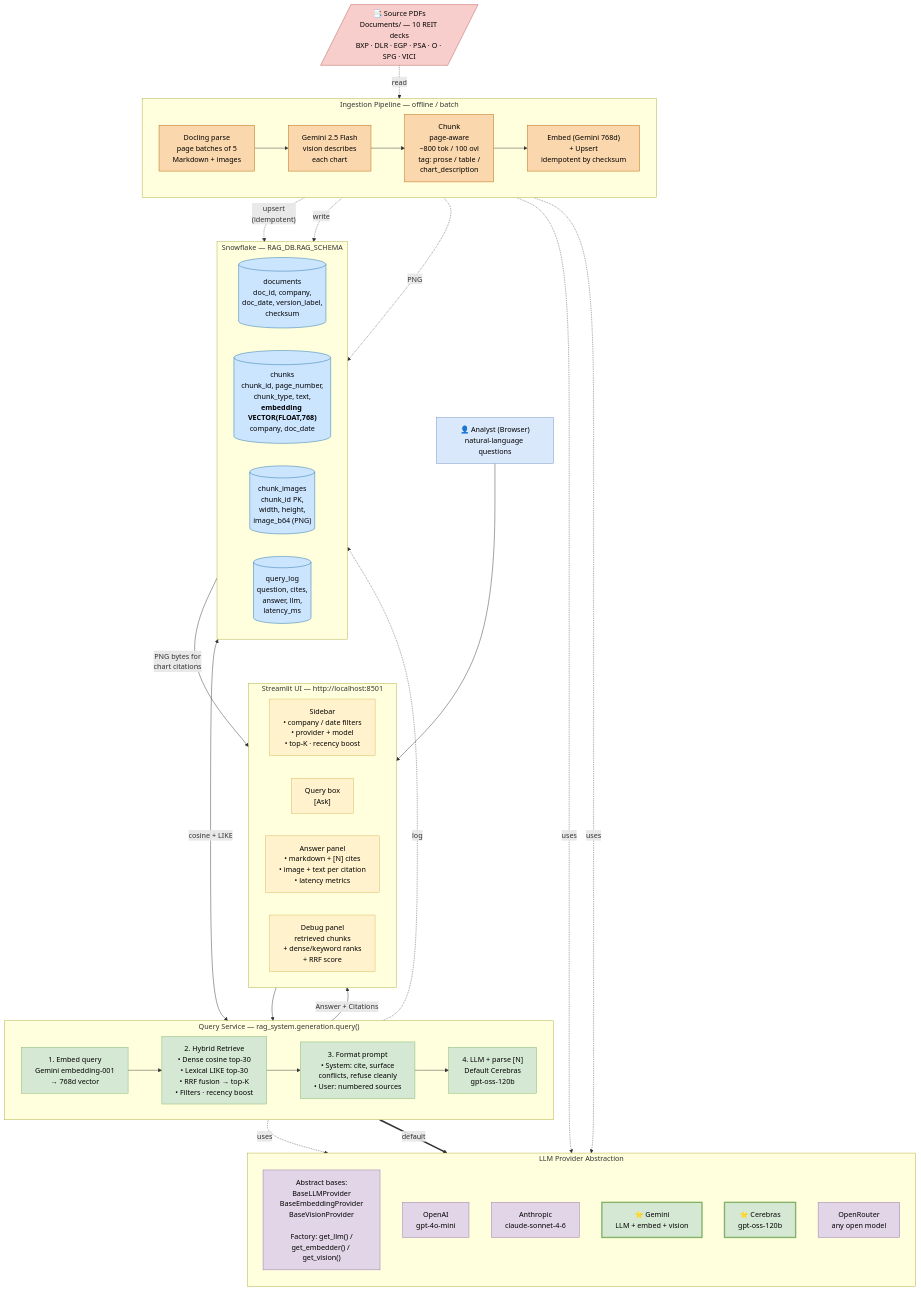
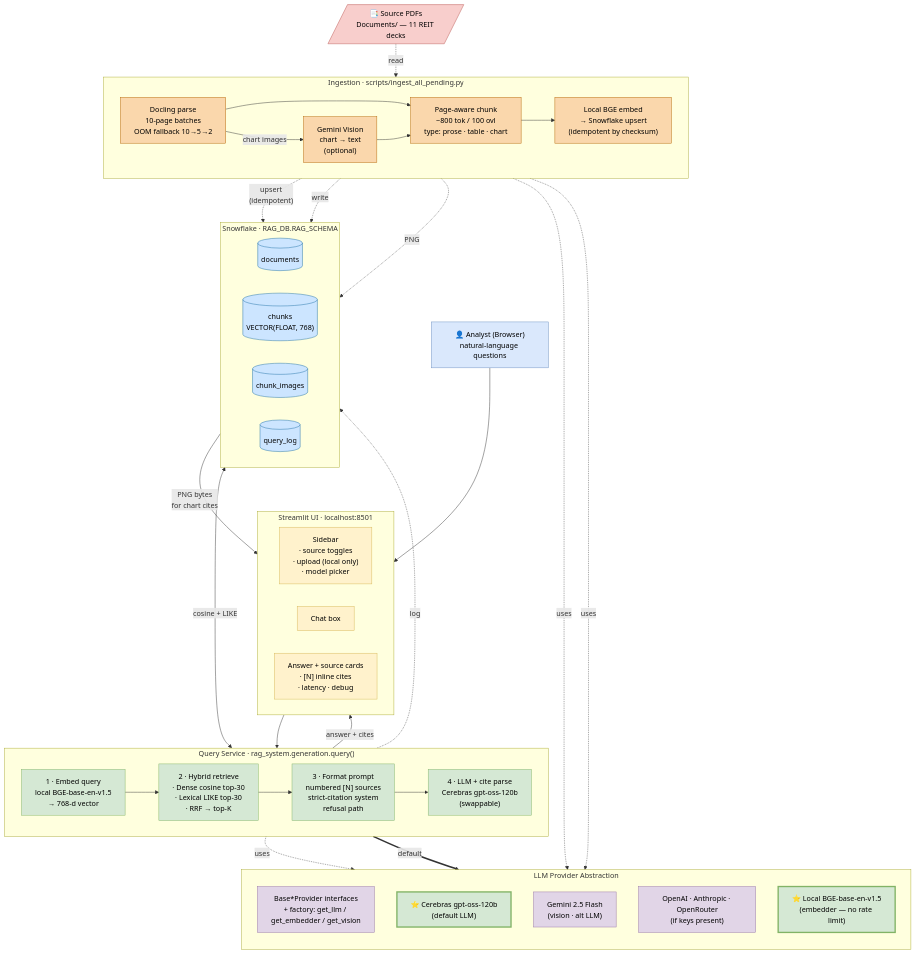
The diagram in docs/architecture.md (srinivasangr/RAG_System_vectera.ai), drawn with Mermaid before and after one commit. The commit also changed other lines of this file and 12 other files, not shown here.

First line of the commit message:
docs(diagrams): regenerate architecture.drawio with embedded vendor logos

````diff
--- a/docs/architecture.md
+++ b/docs/architecture.md
@@ -12,69 +16,63 @@
 ```mermaid
 flowchart TB
-    %% ============== USER ==============
     user["👤 Analyst (Browser)<br/>natural-language questions"]:::user
 
-    %% ============== UI ==============
-    subgraph UI["Streamlit UI — http://localhost:8501"]
+    subgraph UI["Streamlit UI · localhost:8501"]
         direction LR
-        ui_sb["Sidebar<br/>• company / date filters<br/>• provider + model<br/>• top-K · recency boost"]:::ui
-        ui_q["Query box<br/>[Ask]"]:::ui
-        ui_a["Answer panel<br/>• markdown + [N] cites<br/>• image + text per citation<br/>• latency metrics"]:::ui
-        ui_d["Debug panel<br/>retrieved chunks<br/>+ dense/keyword ranks<br/>+ RRF score"]:::ui
+        ui_sb["Sidebar<br/>· source toggles<br/>· upload (local only)<br/>· model picker"]:::ui
+        ui_q["Chat box"]:::ui
+        ui_a["Answer + source cards<br/>· [N] inline cites<br/>· latency · debug"]:::ui
     end
 
-    %% ============== QUERY SERVICE ==============
-    subgraph QSVC["Query Service — rag_system.generation.query()"]
+    subgraph QSVC["Query Service · rag_system.generation.query()"]
         direction LR
-        s1["1. Embed query<br/>Gemini embedding-001<br/>→ 768d vector"]:::svc
-        s2["2. Hybrid Retrieve<br/>• Dense cosine top-30<br/>• Lexical LIKE top-30<br/>• RRF fusion → top-K<br/>• Filters · recency boost"]:::svc
-        s3["3. Format prompt<br/>• System: cite, surface<br/>  conflicts, refuse cleanly<br/>• User: numbered sources"]:::svc
-        s4["4. LLM + parse [N]<br/>Default Cerebras<br/>gpt-oss-120b"]:::svc
+        s1["1 · Embed query<br/>local BGE-base-en-v1.5<br/>→ 768-d vector"]:::svc
+        s2["2 · Hybrid retrieve<br/>· Dense cosine top-30<br/>· Lexical LIKE top-30<br/>· RRF → top-K"]:::svc
+        s3["3 · Format prompt<br/>numbered [N] sources<br/>strict-citation system<br/>refusal path"]:::svc
+        s4["4 · LLM + cite parse<br/>Cerebras gpt-oss-120b<br/>(swappable)"]:::svc
         s1 --> s2 --> s3 --> s4
     end
 
-    %% ============== INGEST ==============
-    subgraph ING["Ingestion Pipeline — offline / batch"]
+    subgraph ING["Ingestion · scripts/ingest_all_pending.py"]
         direction LR
-        i1["Docling parse<br/>page batches of 5<br/>Markdown + images"]:::ing
-        i2["Gemini 2.5 Flash<br/>vision describes<br/>each chart"]:::ing
-        i3["Chunk<br/>page-aware<br/>~800 tok / 100 ovl<br/>tag: prose / table /<br/>chart_description"]:::ing
-        i4["Embed (Gemini 768d)<br/>+ Upsert<br/>idempotent by checksum"]:::ing
-        i1 --> i2 --> i3 --> i4
+        i1["Docling parse<br/>10-page batches<br/>OOM fallback 10→5→2"]:::ing
+        i2["Gemini Vision<br/>chart → text<br/>(optional)"]:::ing
+        i3["Page-aware chunk<br/>~800 tok / 100 ovl<br/>type: prose · table · chart"]:::ing
+        i4["Local BGE embed<br/>→ Snowflake upsert<br/>(idempotent by checksum)"]:::ing
+        i1 -- "chart images" --> i2
+        i1 --> i3
+        i2 --> i3
+        i3 --> i4
     end
 
-    %% ============== PROVIDERS ==============
     subgraph PROV["LLM Provider Abstraction"]
         direction TB
-        base["Abstract bases:<br/>BaseLLMProvider<br/>BaseEmbeddingProvider<br/>BaseVisionProvider<br/><br/>Factory: get_llm() /<br/>get_embedder() / get_vision()"]:::prov
-        p_oa["OpenAI<br/>gpt-4o-mini"]:::prov
-        p_an["Anthropic<br/>claude-sonnet-4-6"]:::prov
-        p_ge["⭐ Gemini<br/>LLM + embed + vision"]:::provActive
-        p_ce["⭐ Cerebras<br/>gpt-oss-120b"]:::provActive
-        p_or["OpenRouter<br/>any open model"]:::prov
+        base["Base*Provider interfaces<br/>+ factory: get_llm / get_embedder / get_vision"]:::prov
+        p_ce["⭐ Cerebras gpt-oss-120b<br/>(default LLM)"]:::provActive
+        p_ge["Gemini 2.5 Flash<br/>(vision · alt LLM)"]:::prov
+        p_oa["OpenAI · Anthropic · OpenRouter<br/>(if keys present)"]:::prov
+        local["⭐ Local BGE-base-en-v1.5<br/>(embedder — no rate limit)"]:::provActive
     end
 
-    %% ============== SNOWFLAKE ==============
-    subgraph SF["Snowflake — RAG_DB.RAG_SCHEMA"]
+    subgraph SF["Snowflake · RAG_DB.RAG_SCHEMA"]
         direction LR
-        t_docs[("documents<br/>doc_id, company,<br/>doc_date, version_label,<br/>checksum")]:::sf
-        t_ch[("chunks<br/>chunk_id, page_number,<br/>chunk_type, text,<br/><b>embedding VECTOR(FLOAT,768)</b><br/>company, doc_date")]:::sf
-        t_im[("chunk_images<br/>chunk_id PK,<br/>width, height,<br/>image_b64 (PNG)")]:::sf
-        t_log[("query_log<br/>question, cites,<br/>answer, llm,<br/>latency_ms")]:::sf
+        t_docs[("documents")]:::sf
+        t_ch[("chunks<br/>VECTOR(FLOAT, 768)")]:::sf
+        t_im[("chunk_images")]:::sf
+        t_log[("query_log")]:::sf
     end
 
-    %% ============== SOURCE ==============
-    pdfs[/"📑 Source PDFs<br/>Documents/ — 10 REIT decks<br/>BXP · DLR · EGP · PSA · O · SPG · VICI"/]:::pdf
+    pdfs[/"📑 Source PDFs<br/>Documents/ — 11 REIT decks"/]:::pdf
 
-    %% ============== FLOWS — QUERY (solid) ==============
+    %% Query plane
     user --> UI
     UI --> QSVC
-    QSVC -- "Answer + Citations" --> UI
+    QSVC -- "answer + cites" --> UI
+    s1 -.uses.-> local
     s2 <-->|cosine + LIKE| t_ch
+    s4 ==>|default| p_ce
     s4 -.->|log| t_log
-    s1 -.uses.-> p_ge
-    s4 ==>|default| p_ce
-    t_im -- "PNG bytes for<br/>chart citations" --> ui_a
+    t_im -- "PNG bytes<br/>for chart cites" --> ui_a
 
     %% ============== FLOWS — INGEST (dashed) ==============
     pdfs -. read .-> i1
````
